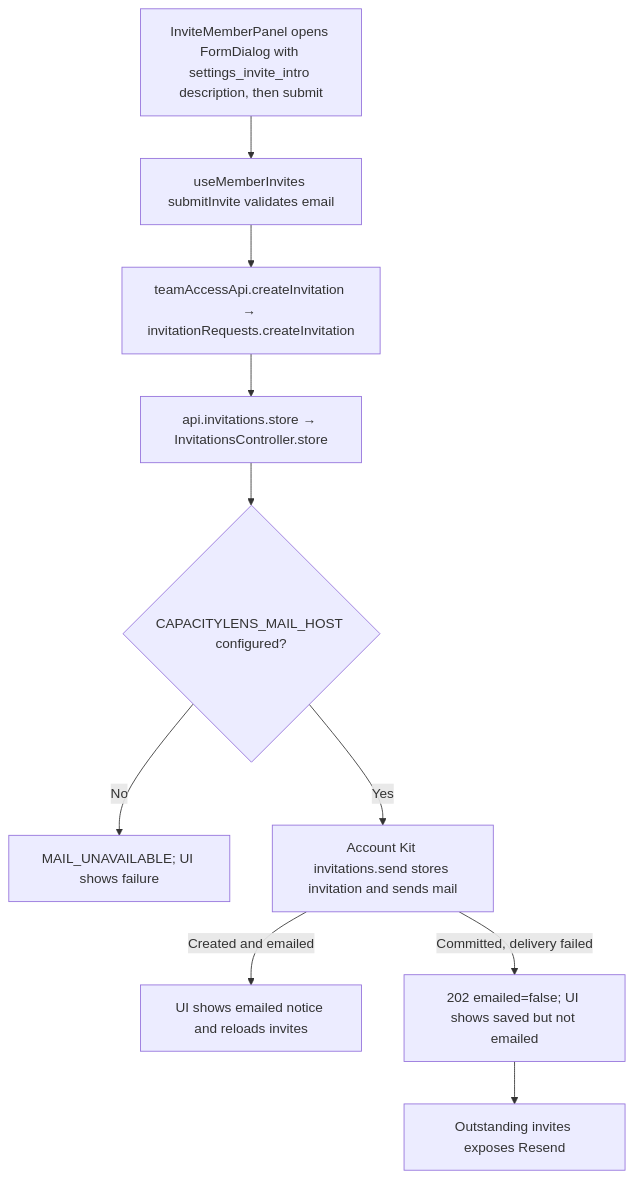
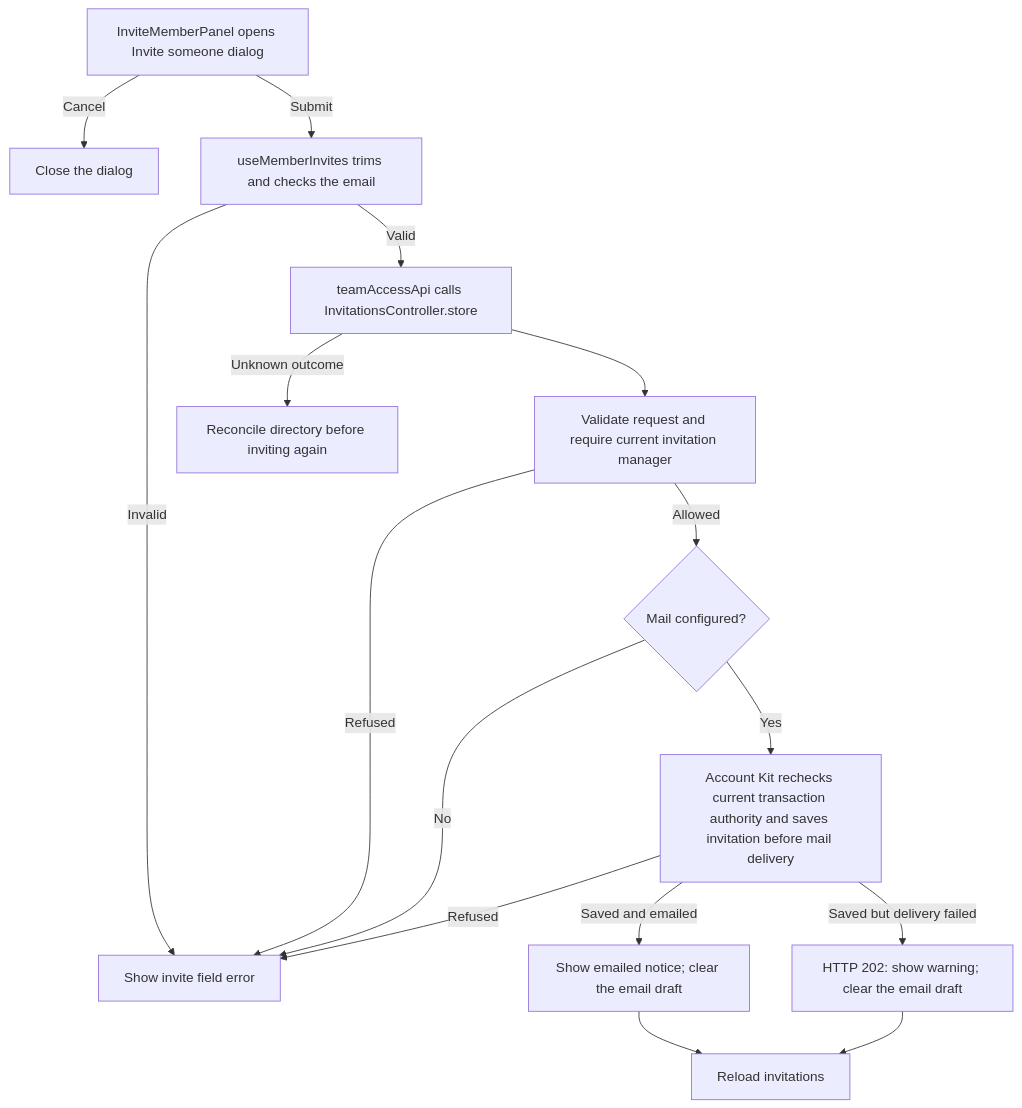
The second of 2 diagrams in user-stories/team/US-TEAM-02-invite-member.md (Kevinjohn/capacitylens), drawn with Mermaid before and after one commit. The commit also changed other lines of this file and 172 other files, not shown here.

Commit message:
docs: reconcile user story code flows with source

````diff
--- a/user-stories/team/US-TEAM-02-invite-member.md
+++ b/user-stories/team/US-TEAM-02-invite-member.md
@@ -38,12 +38,18 @@
 ```mermaid
 flowchart TD
-    Panel["InviteMemberPanel opens FormDialog with settings_invite_intro description, then submit"] --> Hook["useMemberInvites submitInvite validates email"]
-    Hook --> Client["teamAccessApi.createInvitation → invitationRequests.createInvitation"]
-    Client --> Route["api.invitations.store → InvitationsController.store"]
-    Route --> MailConfig{"CAPACITYLENS_MAIL_HOST configured?"}
-    MailConfig -- "No" --> Refused["MAIL_UNAVAILABLE; UI shows failure"]
-    MailConfig -- "Yes" --> Kit["Account Kit invitations.send stores invitation and sends mail"]
-    Kit -->|"Created and emailed"| Saved["UI shows emailed notice and reloads invites"]
-    Kit -->|"Committed, delivery failed"| Stored["202 emailed=false; UI shows saved but not emailed"]
-    Stored --> Resend["Outstanding invites exposes Resend"]
+  panel["InviteMemberPanel opens Invite someone dialog"] -->|Cancel| close["Close the dialog"]
+  panel -->|Submit| validate["useMemberInvites trims and checks the email"]
+  validate -->|Invalid| error["Show invite field error"]
+  validate -->|Valid| request["teamAccessApi calls InvitationsController.store"]
+  request --> auth["Validate request and require current invitation manager"]
+  auth -->|Allowed| mail{"Mail configured?"}
+  auth -->|Refused| error
+  mail -->|No| error
+  mail -->|Yes| kit["Account Kit rechecks current transaction authority and saves invitation before mail delivery"]
+  kit -->|Refused| error
+  kit -->|Saved and emailed| completed["Show emailed notice; clear the email draft"]
+  kit -->|Saved but delivery failed| warning["HTTP 202: show warning; clear the email draft"]
+  completed --> reload["Reload invitations"]
+  warning --> reload
+  request -->|Unknown outcome| reconcile["Reconcile directory before inviting again"]
 ```
````
